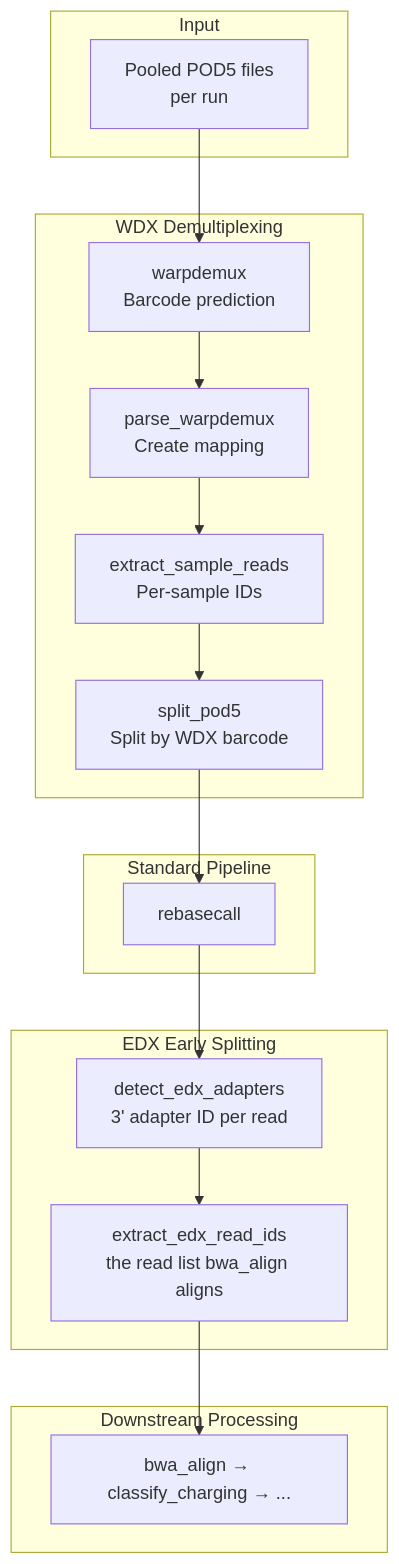
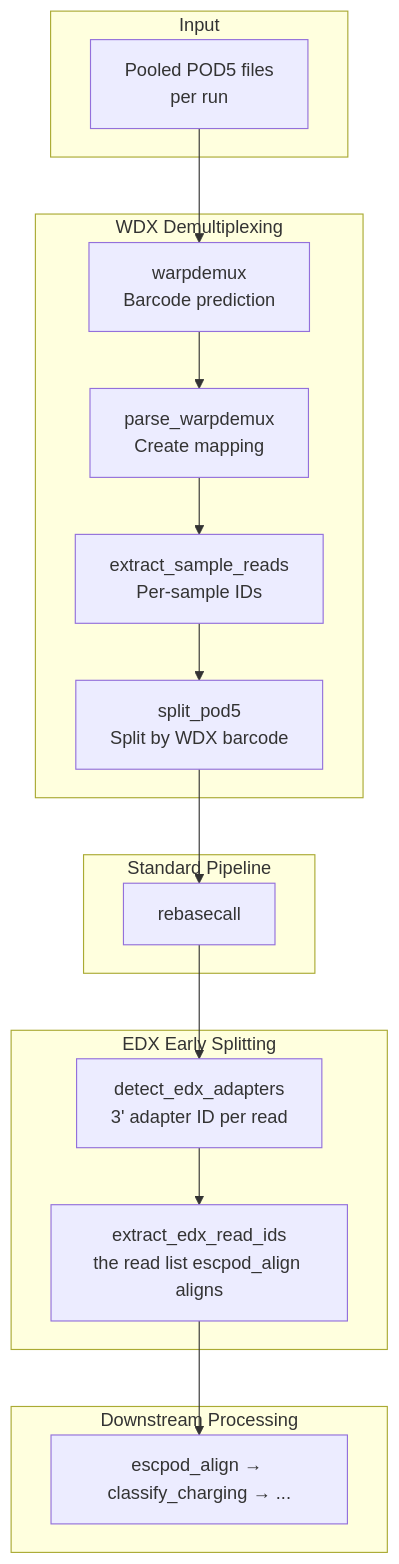
The third of 4 diagrams in docs/workflow/overview.md (rnabioco/aa-tRNA-seq-pipeline), drawn with Mermaid before and after one commit. The commit also changed other lines of this file and 42 other files, not shown here.

First line of the commit message:
feat(align): replace bwa_align + calmd with escpod align

````diff
--- a/docs/workflow/overview.md
+++ b/docs/workflow/overview.md
@@ -99,29 +98,29 @@
 ```mermaid
 flowchart TB
     subgraph Input
         A[Pooled POD5 files<br/>per run]
     end
 
     subgraph WDX[WDX Demultiplexing]
         B[warpdemux<br/>Barcode prediction]
         C[parse_warpdemux<br/>Create mapping]
         D[extract_sample_reads<br/>Per-sample IDs]
         E[split_pod5<br/>Split by WDX barcode]
     end
 
     subgraph Standard[Standard Pipeline]
         F[rebasecall]
     end
 
     subgraph EDX[EDX Early Splitting]
         G[detect_edx_adapters<br/>3' adapter ID per read]
-        H[extract_edx_read_ids<br/>the read list bwa_align aligns]
+        H[extract_edx_read_ids<br/>the read list escpod_align aligns]
     end
 
     subgraph Downstream[Downstream Processing]
-        K[bwa_align → classify_charging → ...]
+        K[escpod_align → classify_charging → ...]
     end
 
     A --> B --> C --> D --> E --> F --> G --> H
     H --> K
 ```
````
